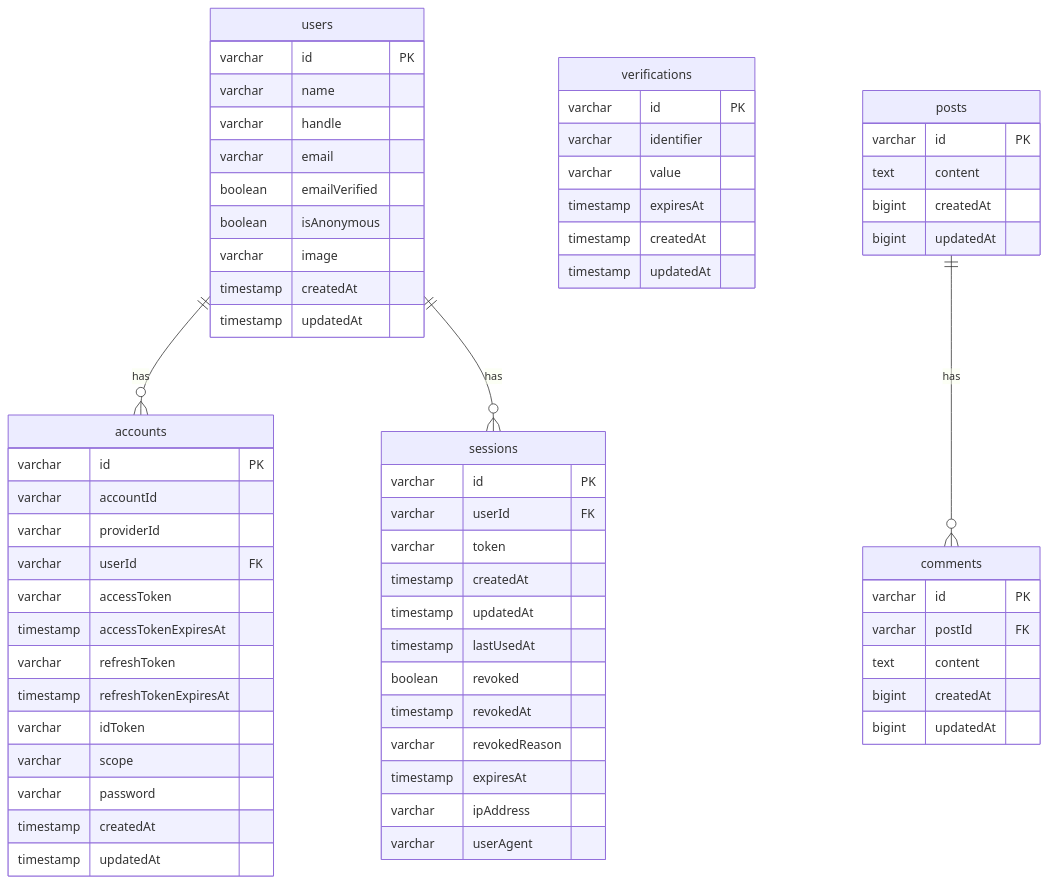
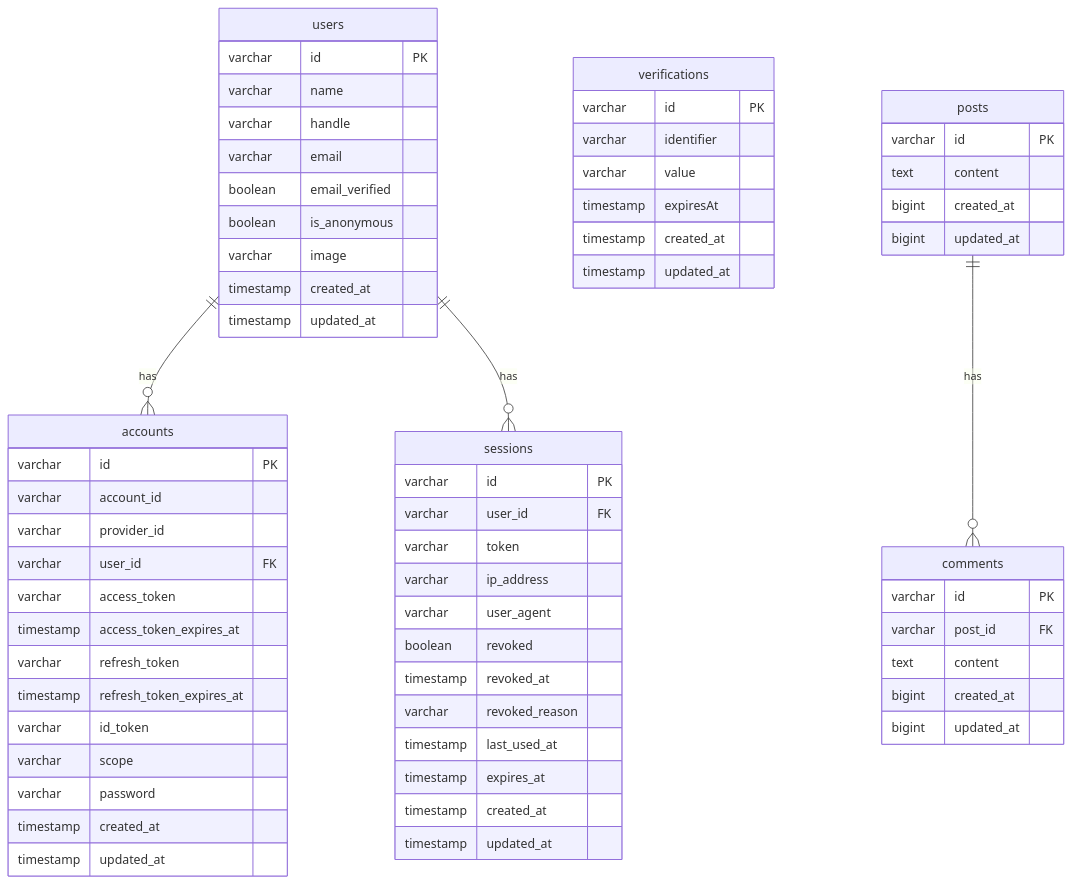
One commit to feryardiant/learn-bun-elysia changed the diagram in database/README.md. Above: the diagram before and after it, drawn with Mermaid. The commit also changed 8 other files, not shown here.

````diff
--- a/database/README.md
+++ b/database/README.md
@@ -3,73 +3,73 @@
 ```mermaid
 erDiagram
   users {
     varchar id PK
     varchar name
     varchar handle
     varchar email
-    boolean emailVerified
-    boolean isAnonymous
+    boolean email_verified
+    boolean is_anonymous
     varchar image
-    timestamp createdAt
-    timestamp updatedAt
+    timestamp created_at
+    timestamp updated_at
   }
 
   accounts {
     varchar id PK
-    varchar accountId
-    varchar providerId
-    varchar userId FK
-    varchar accessToken
-    timestamp accessTokenExpiresAt
-    varchar refreshToken
-    timestamp refreshTokenExpiresAt
-    varchar idToken
+    varchar account_id
+    varchar provider_id
+    varchar user_id FK
+    varchar access_token
+    timestamp access_token_expires_at
+    varchar refresh_token
+    timestamp refresh_token_expires_at
+    varchar id_token
     varchar scope
     varchar password
-    timestamp createdAt
-    timestamp updatedAt
+    timestamp created_at
+    timestamp updated_at
   }
 
   sessions {
     varchar id PK
-    varchar userId FK
+    varchar user_id FK
     varchar token
-    timestamp createdAt
-    timestamp updatedAt
-    timestamp lastUsedAt
+    varchar ip_address
+    varchar user_agent
     boolean revoked
-    timestamp revokedAt
-    varchar revokedReason
-    timestamp expiresAt
-    varchar ipAddress
-    varchar userAgent
+    timestamp revoked_at
+    varchar revoked_reason
+    timestamp last_used_at
+    timestamp expires_at
+    timestamp created_at
+    timestamp updated_at
   }
 
   verifications {
     varchar id PK
     varchar identifier
     varchar value
     timestamp expiresAt
-    timestamp createdAt
-    timestamp updatedAt
+    timestamp created_at
+    timestamp updated_at
   }
 
   posts {
     varchar id PK
     text content
-    bigint createdAt
-    bigint updatedAt
+    bigint created_at
+    bigint updated_at
   }
 
   comments {
     varchar id PK
-    varchar postId FK
+    varchar post_id FK
     text content
-    bigint createdAt
-    bigint updatedAt
+    bigint created_at
+    bigint updated_at
   }
 
   users ||--o{ accounts : "has"
   users ||--o{ sessions : "has"
   posts ||--o{ comments : "has"
 ```
````
